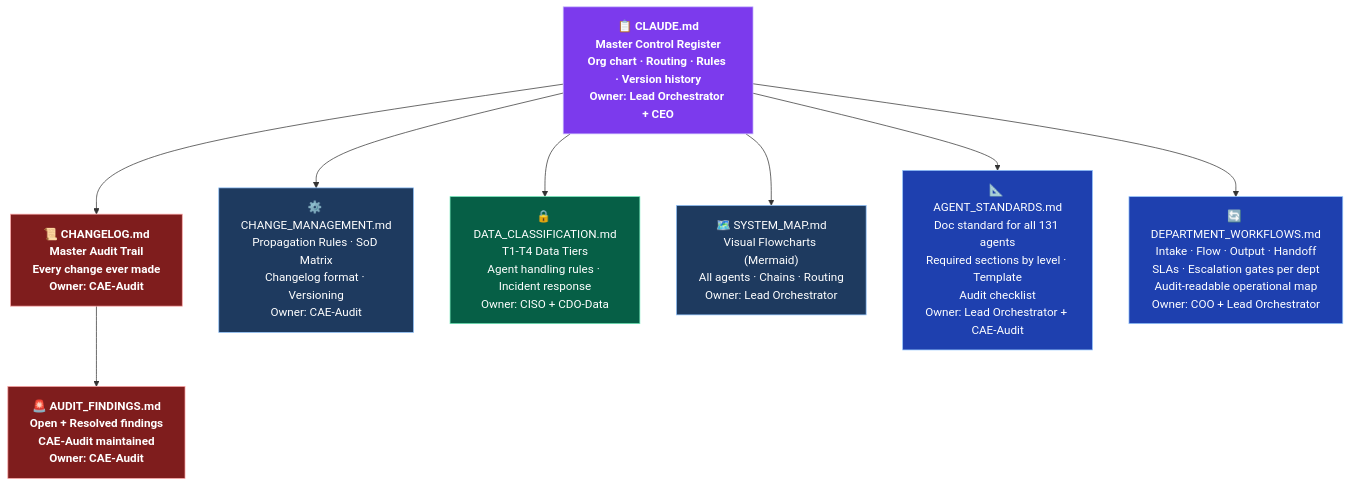
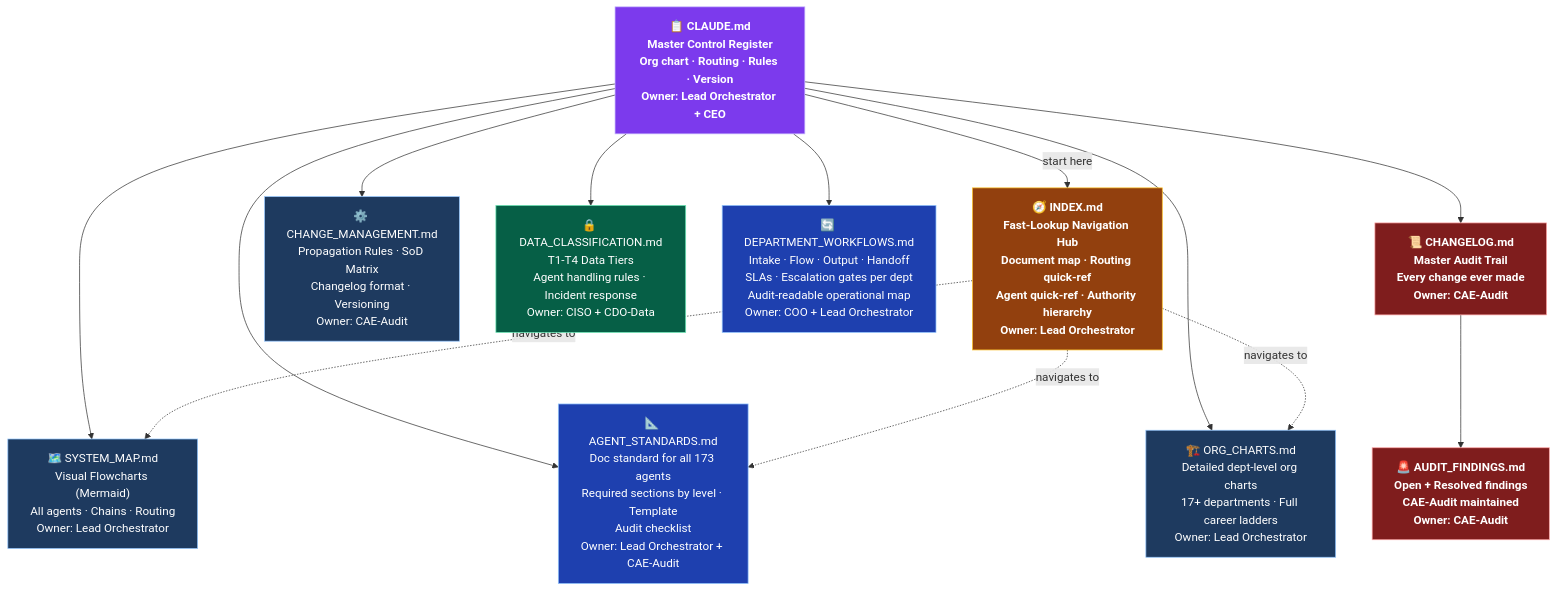
Before and after one commit to Toto1314/PandaNews: the sixth of 10 diagrams in .claude/SYSTEM_MAP.md, drawn with Mermaid. The commit also changed other lines of this file and 80 other files, not shown here.

````diff
--- a/.claude/SYSTEM_MAP.md
+++ b/.claude/SYSTEM_MAP.md
@@ -509,32 +555,42 @@
 ```mermaid
 graph TD
     classDef master fill:#7c3aed,stroke:#c4b5fd,color:#fff,font-weight:bold
     classDef audit fill:#7f1d1d,stroke:#fca5a5,color:#fff,font-weight:bold
     classDef ops fill:#1e3a5f,stroke:#93c5fd,color:#fff
     classDef sec fill:#065f46,stroke:#6ee7b7,color:#fff
     classDef standard fill:#1e40af,stroke:#93c5fd,color:#fff
+    classDef nav fill:#92400e,stroke:#fbbf24,color:#fff,font-weight:bold
 
-    CLAUDE["📋 CLAUDE.md\nMaster Control Register\nOrg chart · Routing · Rules · Version history\nOwner: Lead Orchestrator + CEO"]:::master
+    CLAUDE["📋 CLAUDE.md\nMaster Control Register\nOrg chart · Routing · Rules · Version\nOwner: Lead Orchestrator + CEO"]:::master
+
+    INDEX["🧭 INDEX.md\nFast-Lookup Navigation Hub\nDocument map · Routing quick-ref\nAgent quick-ref · Authority hierarchy\nOwner: Lead Orchestrator"]:::nav
 
     CHANGELOG["📜 CHANGELOG.md\nMaster Audit Trail\nEvery change ever made\nOwner: CAE-Audit"]:::audit
 
     CHG_MGMT["⚙️ CHANGE_MANAGEMENT.md\nPropagation Rules · SoD Matrix\nChangelog format · Versioning\nOwner: CAE-Audit"]:::ops
 
     DATA_CLASS["🔒 DATA_CLASSIFICATION.md\nT1-T4 Data Tiers\nAgent handling rules · Incident response\nOwner: CISO + CDO-Data"]:::sec
 
     SYS_MAP["🗺️ SYSTEM_MAP.md\nVisual Flowcharts (Mermaid)\nAll agents · Chains · Routing\nOwner: Lead Orchestrator"]:::ops
 
-    AGENT_STD["📐 AGENT_STANDARDS.md\nDoc standard for all 131 agents\nRequired sections by level · Template\nAudit checklist\nOwner: Lead Orchestrator + CAE-Audit"]:::standard
+    AGENT_STD["📐 AGENT_STANDARDS.md\nDoc standard for all 173 agents\nRequired sections by level · Template\nAudit checklist\nOwner: Lead Orchestrator + CAE-Audit"]:::standard
 
     DEPT_WF["🔄 DEPARTMENT_WORKFLOWS.md\nIntake · Flow · Output · Handoff\nSLAs · Escalation gates per dept\nAudit-readable operational map\nOwner: COO + Lead Orchestrator"]:::standard
 
     AUDIT_F["🚨 AUDIT_FINDINGS.md\nOpen + Resolved findings\nCAE-Audit maintained\nOwner: CAE-Audit"]:::audit
 
+    ORG["🏗️ ORG_CHARTS.md\nDetailed dept-level org charts\n17+ departments · Full career ladders\nOwner: Lead Orchestrator"]:::ops
+
+    CLAUDE -->|"start here"| INDEX
     CLAUDE --> CHANGELOG
     CLAUDE --> CHG_MGMT
     CLAUDE --> DATA_CLASS
     CLAUDE --> SYS_MAP
     CLAUDE --> AGENT_STD
     CLAUDE --> DEPT_WF
+    CLAUDE --> ORG
     CHANGELOG --> AUDIT_F
+    INDEX -.->|"navigates to"| SYS_MAP
+    INDEX -.->|"navigates to"| AGENT_STD
+    INDEX -.->|"navigates to"| ORG
 ```
````
